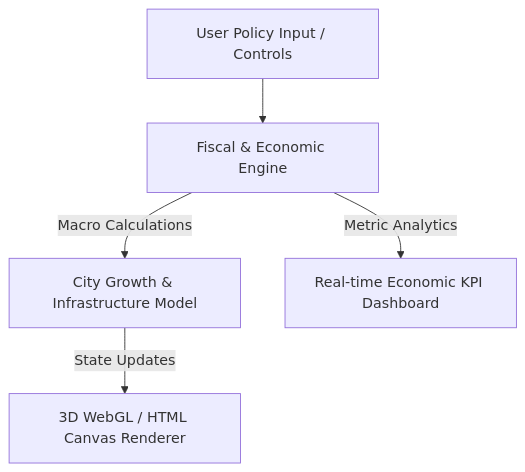
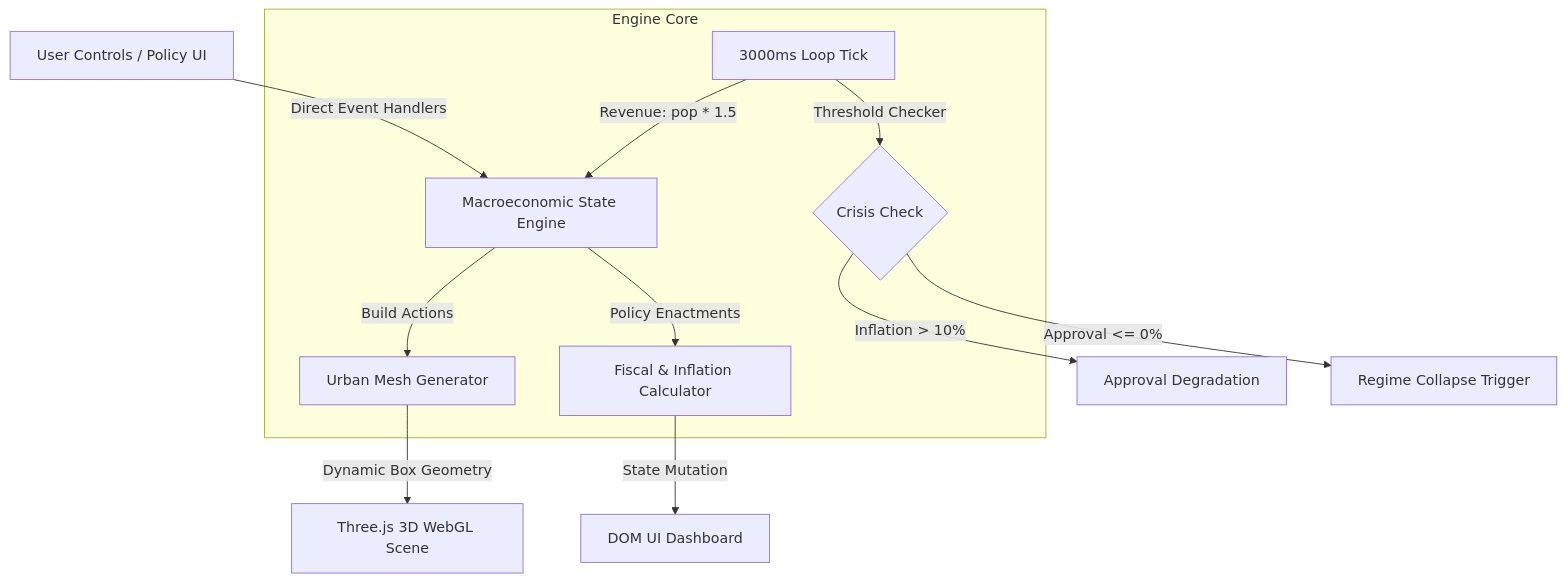
One commit to Dmitrizakanilov279/sovereign-president-simulator changed the diagram in README.md. Above: the diagram before and after it, drawn with Mermaid. The commit also changed other lines of this file, not shown here.

````diff
--- a/README.md
+++ b/README.md
@@ -9,7 +9,16 @@
 ```mermaid
 graph TD
-    A[User Policy Input / Controls] --> B[Fiscal & Economic Engine]
-    B -->|Macro Calculations| C[City Growth & Infrastructure Model]
-    C -->|State Updates| D[3D WebGL / HTML Canvas Renderer]
-    B -->|Metric Analytics| E[Real-time Economic KPI Dashboard]
+    A[User Controls / Policy UI] -->|Direct Event Handlers| B[Macroeconomic State Engine]
+    
+    subgraph Engine Core
+        B -->|Build Actions| C[Urban Mesh Generator]
+        B -->|Policy Enactments| D[Fiscal & Inflation Calculator]
+        E[3000ms Loop Tick] -->|Revenue: pop * 1.5| B
+        E -->|Threshold Checker| F{Crisis Check}
+    end
+
+    C -->|Dynamic Box Geometry| G[Three.js 3D WebGL Scene]
+    D -->|State Mutation| H[DOM UI Dashboard]
+    F -->|Inflation > 10%| I[Approval Degradation]
+    F -->|Approval <= 0%| J[Regime Collapse Trigger]
 ```
````
